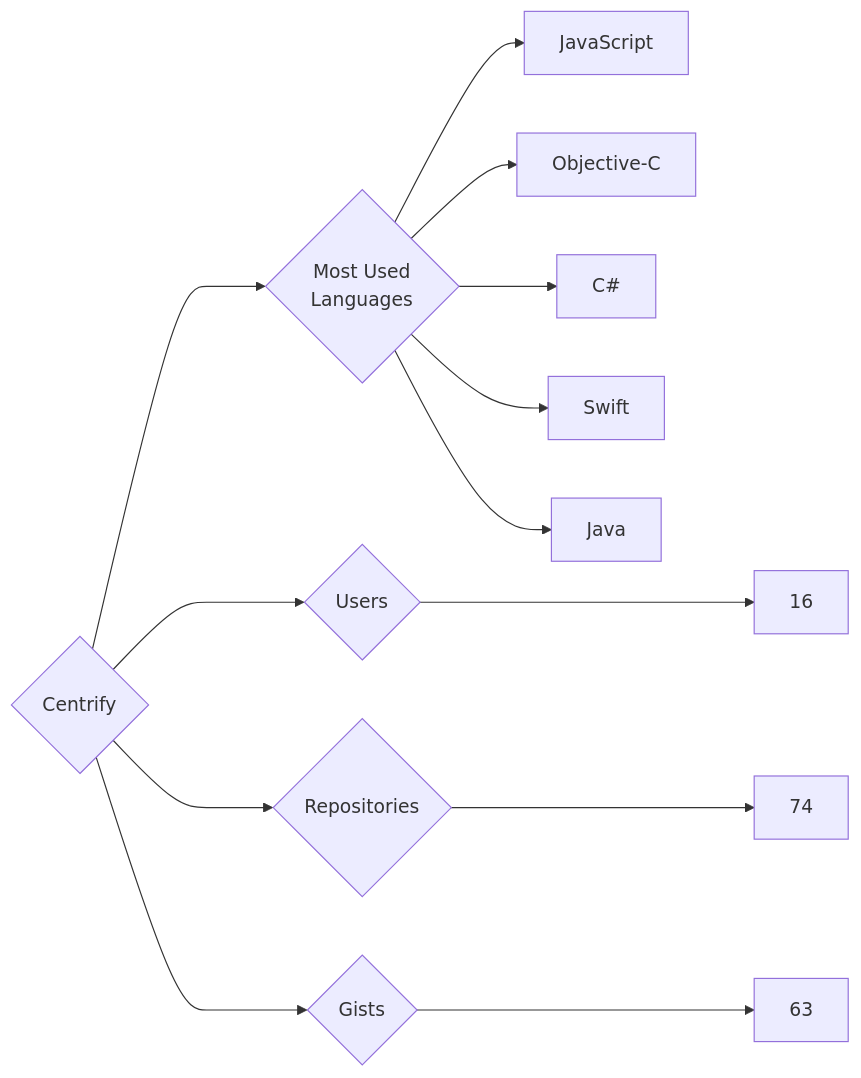
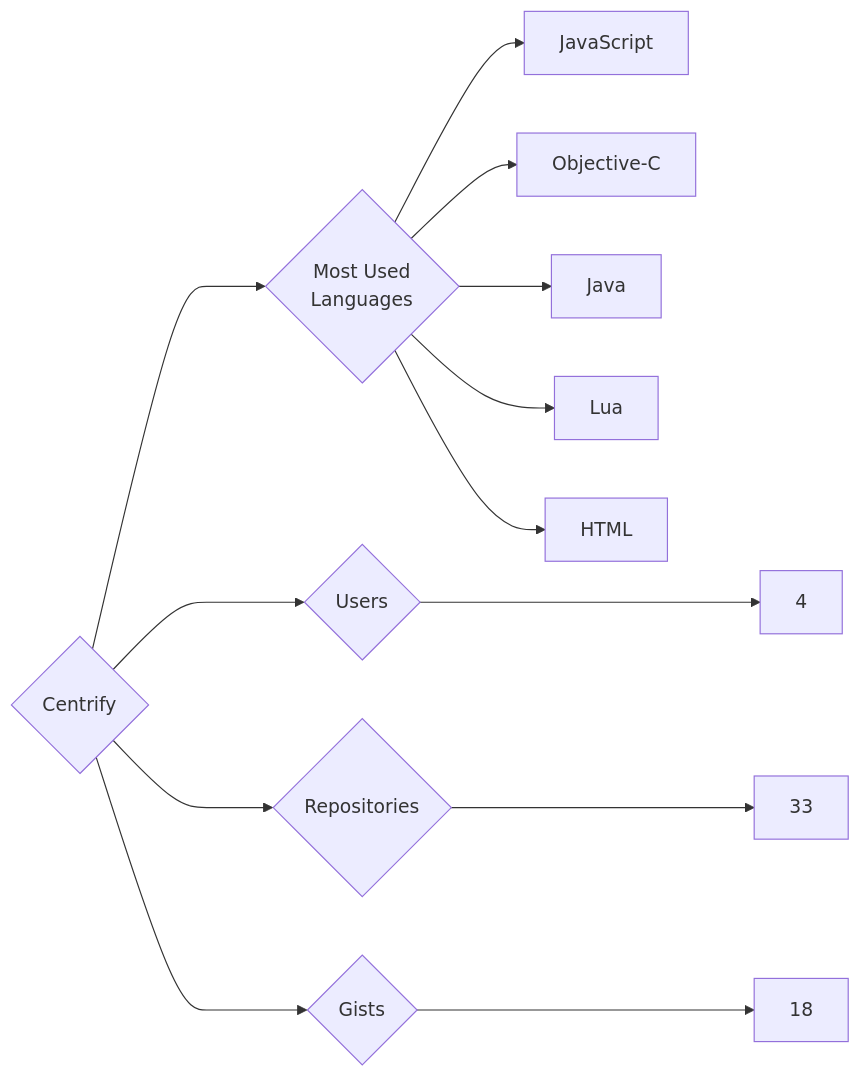
The diagram in targets/Centrify/README.md (trickest/insiders), drawn with Mermaid before and after one commit. The commit also changed 1020 other files, not shown here.

````diff
--- a/targets/Centrify/README.md
+++ b/targets/Centrify/README.md
@@ -3,13 +3,13 @@
 ```mermaid
 graph LR
 COMPANY_NAME{Centrify}
-COMPANY_NAME ---> U{Users} ---> UN[16]
-COMPANY_NAME ---> R{Repositories} ---> RN[74]
-COMPANY_NAME ---> G{Gists} ---> GN[63]
+COMPANY_NAME ---> U{Users} ---> UN[4]
+COMPANY_NAME ---> R{Repositories} ---> RN[33]
+COMPANY_NAME ---> G{Gists} ---> GN[18]
 COMPANY_NAME ---> ML{Most Used<br>Languages}
 ML --> JavaScript[JavaScript]
 ML --> Objective-C[Objective-C]
-ML --> C#[C#]
-ML --> Swift[Swift]
 ML --> Java[Java]
+ML --> Lua[Lua]
+ML --> HTML[HTML]
 ```
````
